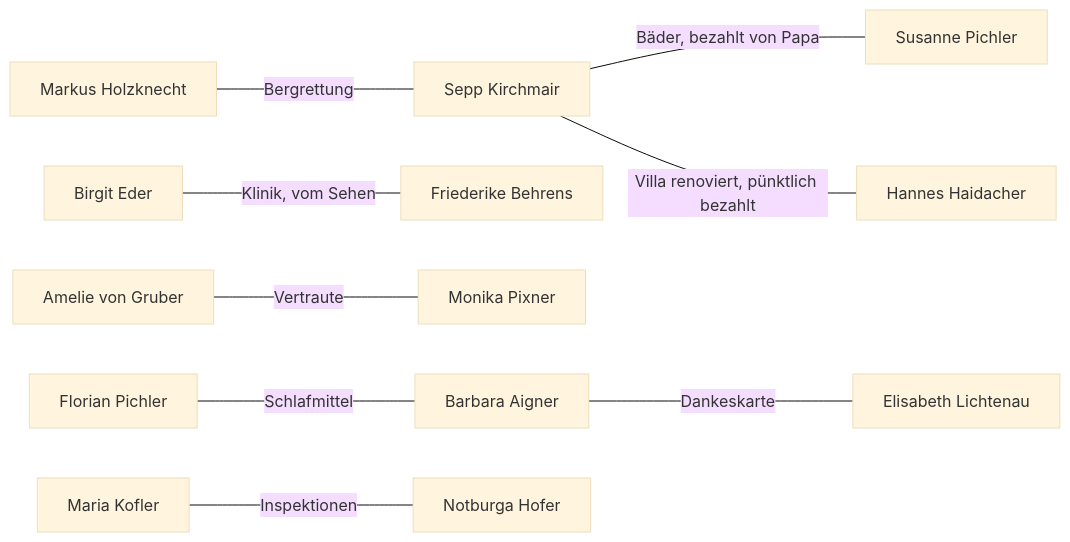
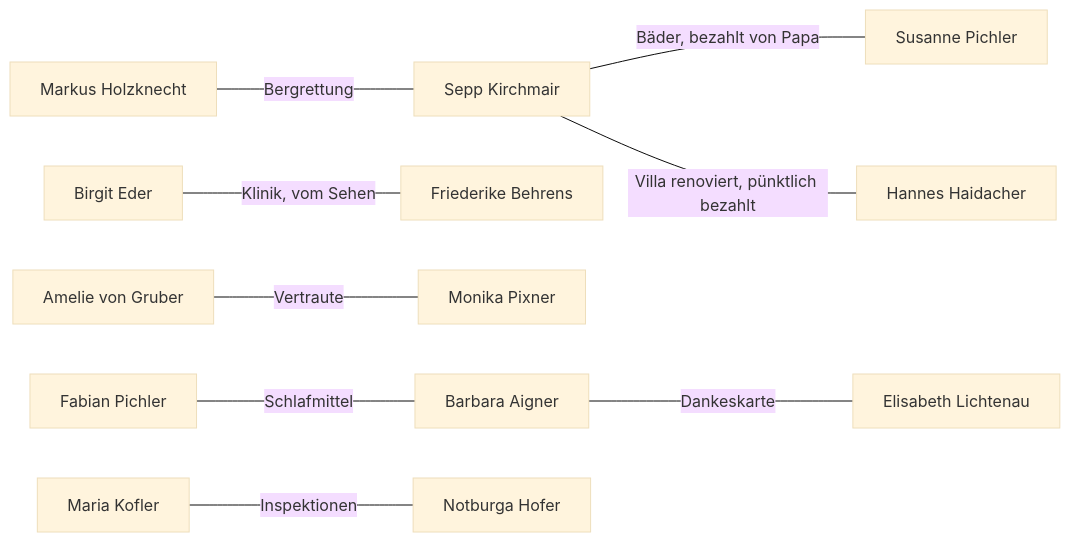
The fifth of 7 diagrams in IT/Lo im Kindergarten/Dossiers/Beziehungsnetz.md (DanielJMoser/ObsidianVault), drawn with Mermaid (base theme) before and after one commit. The commit also changed other lines of this file and 11 other files, not shown here.

````diff
--- a/IT/Lo im Kindergarten/Dossiers/Beziehungsnetz.md
+++ b/IT/Lo im Kindergarten/Dossiers/Beziehungsnetz.md
@@ -118,12 +118,12 @@
 ```mermaid
 flowchart LR
   MH["Markus Holzknecht"] ---|Bergrettung| SK["Sepp Kirchmair"]
   BE["Birgit Eder"] ---|Klinik, vom Sehen| FB["Friederike Behrens"]
   AG["Amelie von Gruber"] ---|Vertraute| MO["Monika Pixner"]
   SK ---|Bäder, bezahlt von Papa| SP["Susanne Pichler"]
   SK ---|Villa renoviert, pünktlich bezahlt| HH["Hannes Haidacher"]
   BA["Barbara Aigner"] ---|Dankeskarte| EL["Elisabeth Lichtenau"]
-  FP["Florian Pichler"] ---|Schlafmittel| BA
+  FP["Fabian Pichler"] ---|Schlafmittel| BA
   MK["Maria Kofler"] ---|Inspektionen| NH["Notburga Hofer"]
   class MH,SK,BE,FB,AG,MO,SP,HH,BA,FP,MK,NH internal-link;
 ```
````
